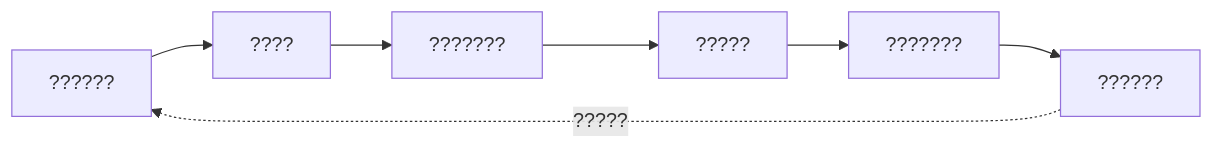
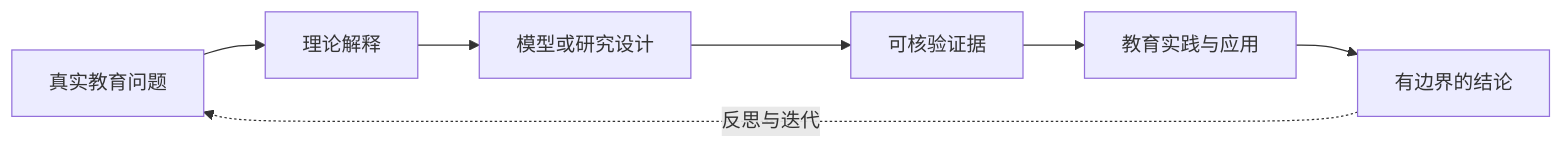
Before and after one commit to Starry-cz/edtech-cssci-research-skill: the diagram in README.md, drawn with Mermaid. The commit also changed other lines of this file and 20 other files, not shown here.

````diff
--- a/README.md
+++ b/README.md
@@ -108,9 +108,9 @@
 ```mermaid
 flowchart LR
-    A[??????] --> B[????]
-    B --> C[???????]
-    C --> D[?????]
-    D --> E[???????]
-    E --> F[??????]
-    F -.?????.-> A
+    A[真实教育问题] --> B[理论解释]
+    B --> C[模型或研究设计]
+    C --> D[可核验证据]
+    D --> E[教育实践与应用]
+    E --> F[有边界的结论]
+    F -.反思与迭代.-> A
 ```
````
